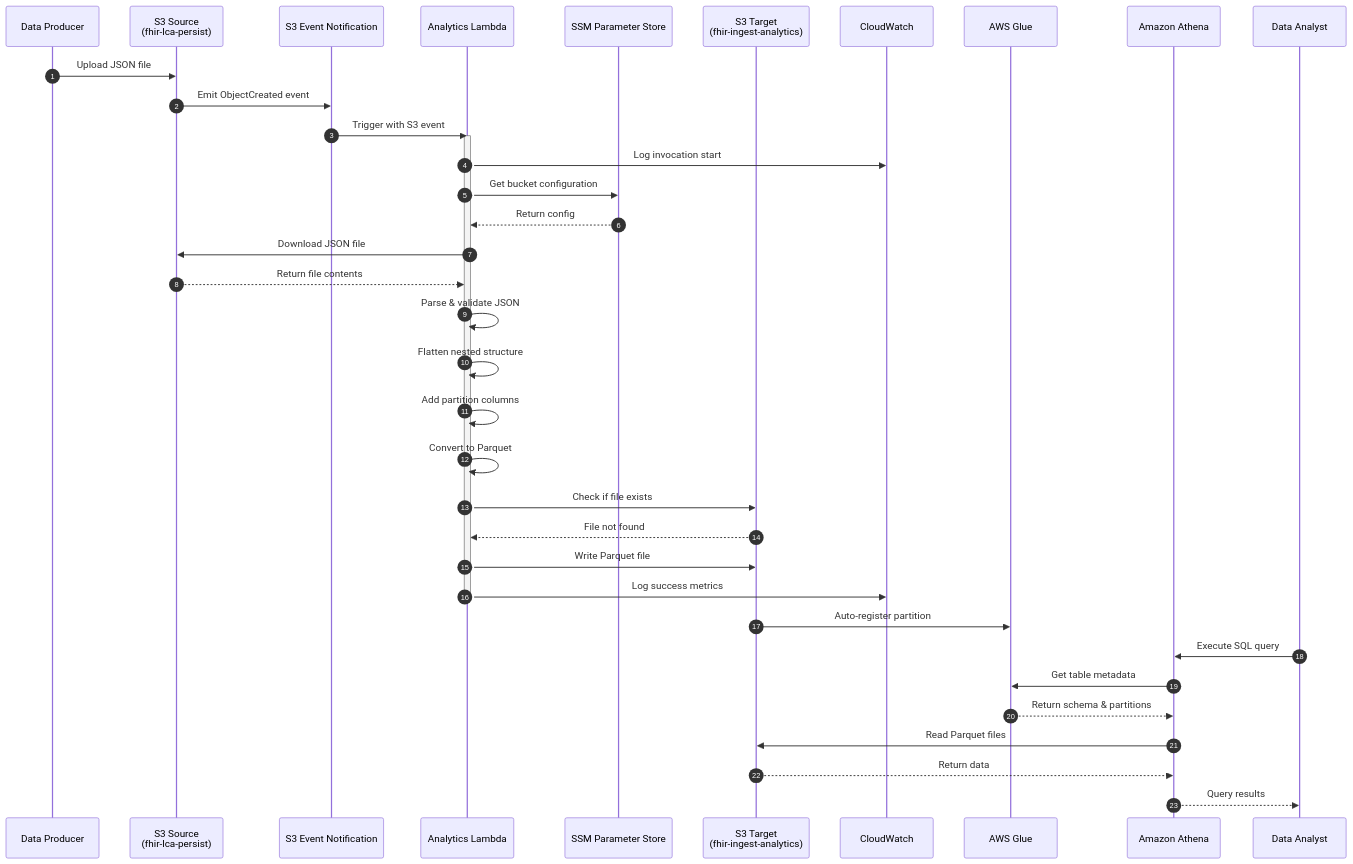
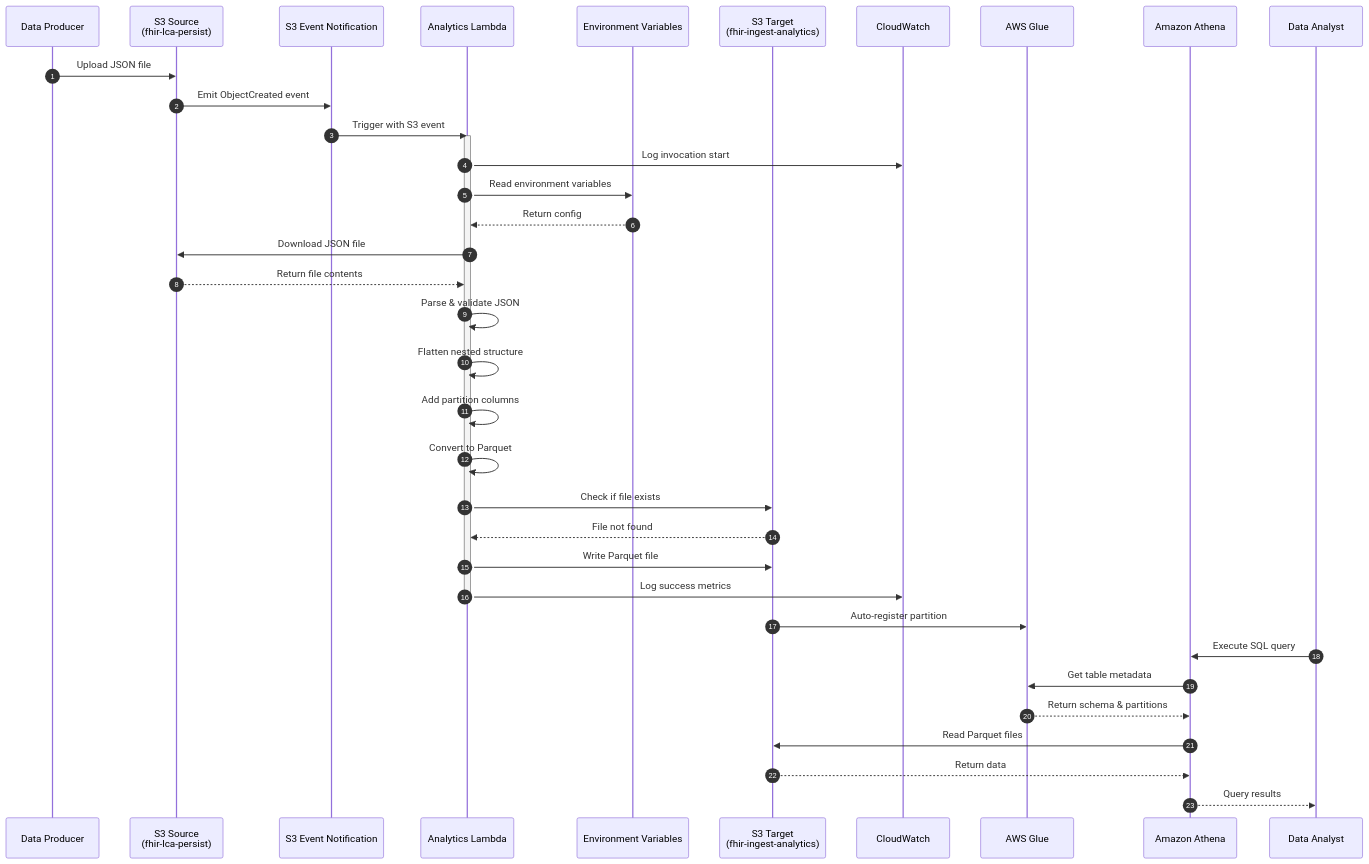
Before and after one commit to manifullstackdeveloper/aws_s3_parquet_athena_lambda: the second of 19 diagrams in docs/DIAGRAMS.md, drawn with Mermaid. The commit also changed other lines of this file and 27 other files, not shown here.

````diff
--- a/docs/DIAGRAMS.md
+++ b/docs/DIAGRAMS.md
@@ -88,45 +86,45 @@
 ```mermaid
 sequenceDiagram
     autonumber
     participant User as Data Producer
     participant S3Source as S3 Source<br/>(fhir-lca-persist)
     participant EventBridge as S3 Event Notification
     participant Lambda as Analytics Lambda
-    participant SSM as SSM Parameter Store
+    participant EnvVars as Environment Variables
     participant S3Target as S3 Target<br/>(fhir-ingest-analytics)
     participant CloudWatch as CloudWatch
     participant Glue as AWS Glue
     participant Athena as Amazon Athena
     participant Analyst as Data Analyst
     
     User->>S3Source: Upload JSON file
     S3Source->>EventBridge: Emit ObjectCreated event
     EventBridge->>Lambda: Trigger with S3 event
     
     activate Lambda
     Lambda->>CloudWatch: Log invocation start
-    Lambda->>SSM: Get bucket configuration
-    SSM-->>Lambda: Return config
+    Lambda->>EnvVars: Read environment variables
+    EnvVars-->>Lambda: Return config
     Lambda->>S3Source: Download JSON file
     S3Source-->>Lambda: Return file contents
     
     Lambda->>Lambda: Parse & validate JSON
     Lambda->>Lambda: Flatten nested structure
     Lambda->>Lambda: Add partition columns
     Lambda->>Lambda: Convert to Parquet
     
     Lambda->>S3Target: Check if file exists
     S3Target-->>Lambda: File not found
     Lambda->>S3Target: Write Parquet file
     Lambda->>CloudWatch: Log success metrics
     deactivate Lambda
     
     S3Target->>Glue: Auto-register partition
     
     Analyst->>Athena: Execute SQL query
     Athena->>Glue: Get table metadata
     Glue-->>Athena: Return schema & partitions
     Athena->>S3Target: Read Parquet files
     S3Target-->>Athena: Return data
     Athena-->>Analyst: Query results
 ```
````
